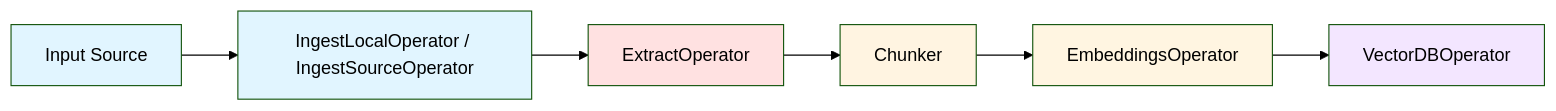
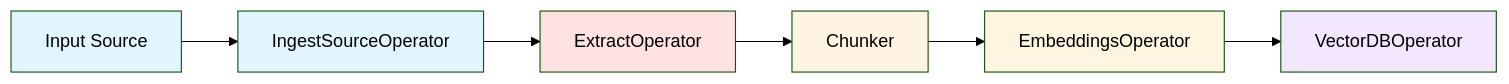
One commit to AtharvRG/docling-pipelines changed diagram 12 of 31 in ARCHITECTURE.md. Above: the diagram before and after it, drawn with Mermaid (forest theme). The commit also changed other lines of this file and 866 other files, not shown here.

````diff
--- a/ARCHITECTURE.md
+++ b/ARCHITECTURE.md
@@ -1418,18 +1405,18 @@
 ```mermaid
 graph LR
     SRC[Input Source]
-    ING[IngestLocalOperator / IngestSourceOperator]
+    ING[IngestSourceOperator]
     EXT[ExtractOperator]
     CHK[Chunker]
     EMB[EmbeddingsOperator]
     VDB[VectorDBOperator]
 
     SRC --> ING --> EXT --> CHK --> EMB --> VDB
 
     style SRC fill:#e1f5ff
     style ING fill:#e1f5ff
     style EXT fill:#ffe1e1
     style CHK fill:#fff4e1
     style EMB fill:#fff5e1
     style VDB fill:#f3e6ff
 ```
````
